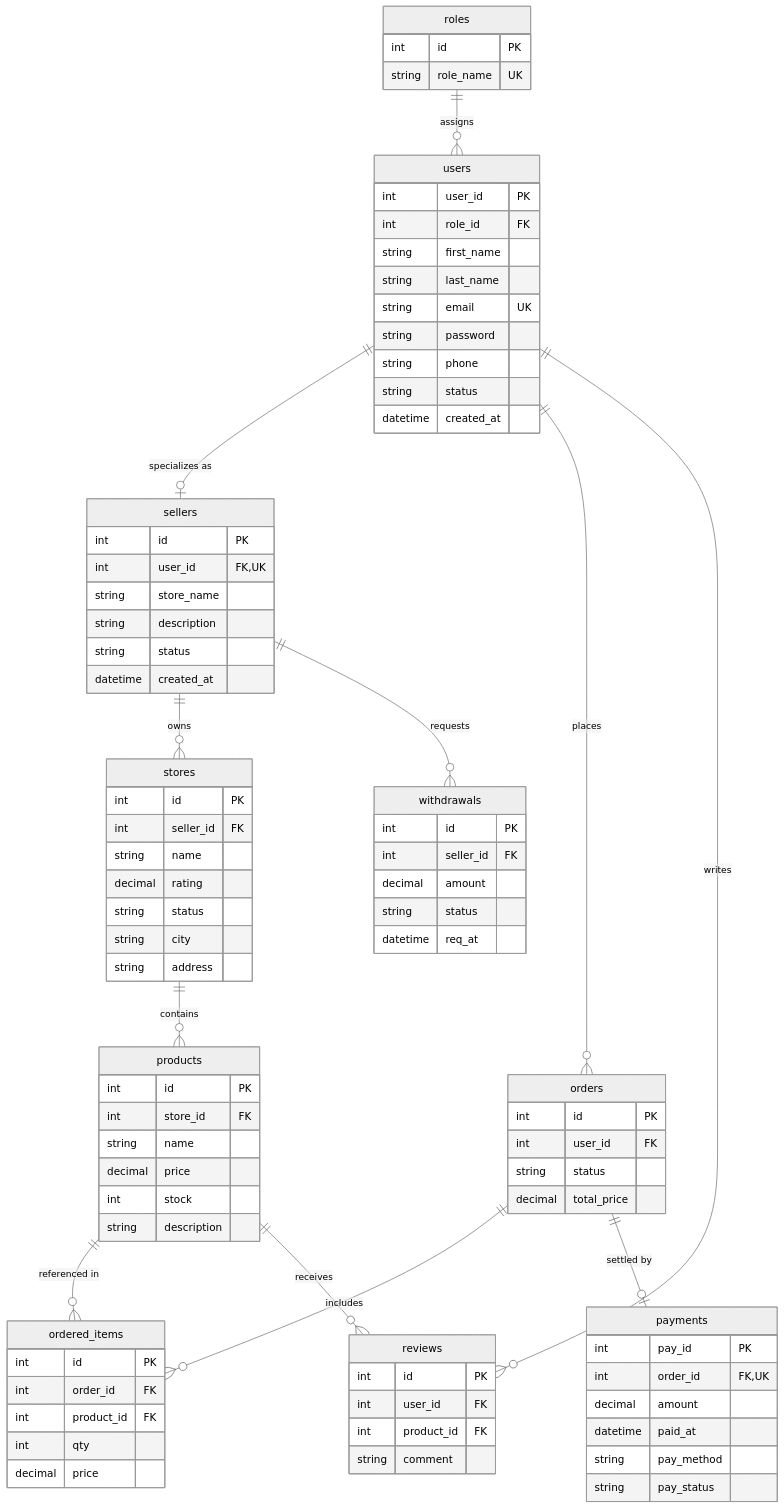
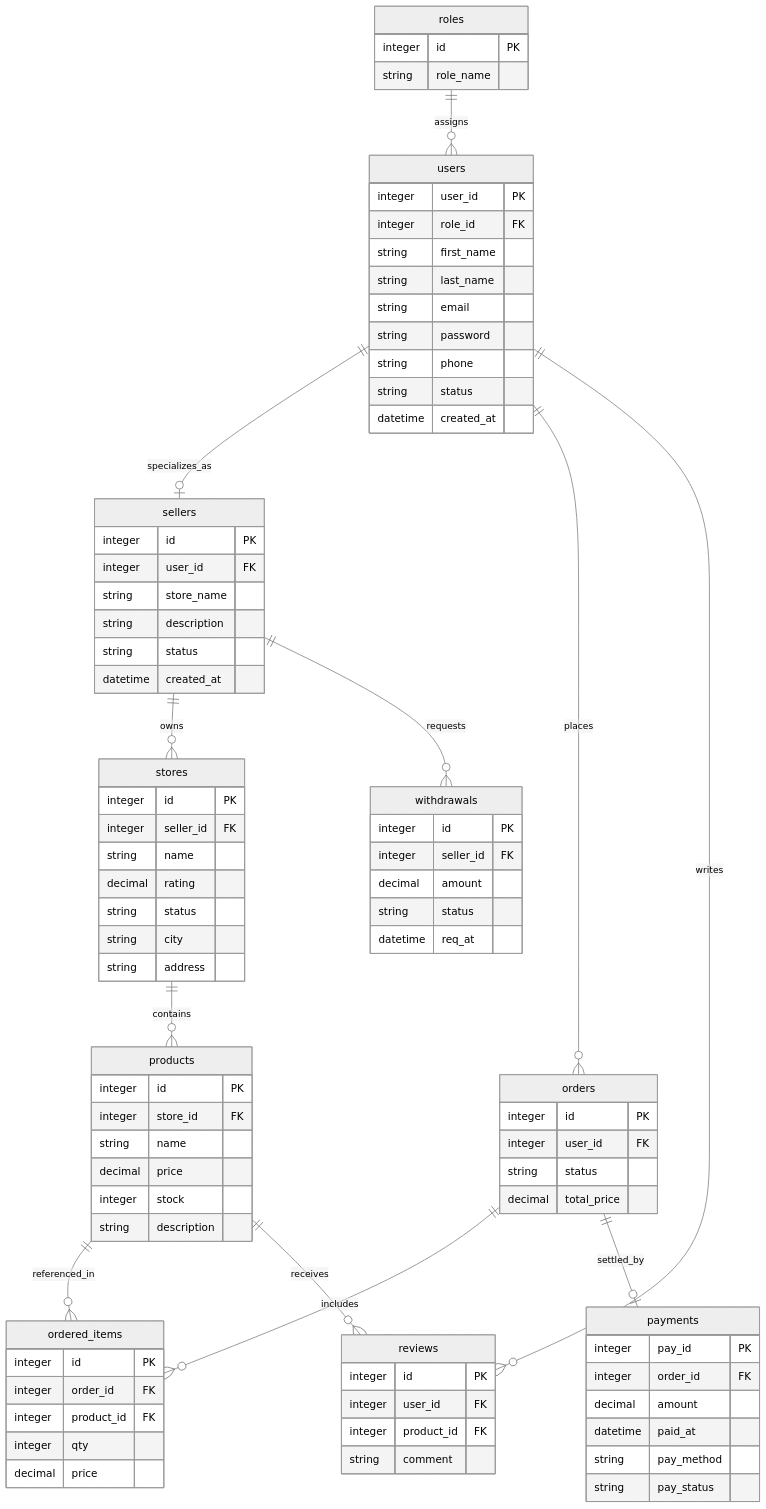
The diagram in README.md (naveendrang-cyber/DBMS-PROJ), drawn with Mermaid (neutral theme) before and after one commit.

Commit message:
Fix GitHub Mermaid rendering syntax error in README.md

````diff
--- a/README.md
+++ b/README.md
@@ -73,43 +73,43 @@
 ```mermaid
 erDiagram
-    roles ||--o{ users : "assigns"
-    users ||--o| sellers : "specializes as"
-    sellers ||--o{ stores : "owns"
-    stores ||--o{ products : "contains"
-    users ||--o{ orders : "places"
-    orders ||--o{ ordered_items : "includes"
-    products ||--o{ ordered_items : "referenced in"
-    orders ||--o| payments : "settled by"
-    sellers ||--o{ withdrawals : "requests"
-    users ||--o{ reviews : "writes"
-    products ||--o{ reviews : "receives"
+    roles ||--o{ users : assigns
+    users ||--o| sellers : specializes_as
+    sellers ||--o{ stores : owns
+    stores ||--o{ products : contains
+    users ||--o{ orders : places
+    orders ||--o{ ordered_items : includes
+    products ||--o{ ordered_items : referenced_in
+    orders ||--o| payments : settled_by
+    sellers ||--o{ withdrawals : requests
+    users ||--o{ reviews : writes
+    products ||--o{ reviews : receives
 
     roles {
-        int id PK
-        string role_name UK
+        integer id PK
+        string role_name
     }
     users {
-        int user_id PK
-        int role_id FK
+        integer user_id PK
+        integer role_id FK
         string first_name
         string last_name
-        string email UK
+        string email
         string password
         string phone
         string status
         datetime created_at
     }
     sellers {
-        int id PK
-        int user_id FK,UK
+        integer id PK
+        integer user_id FK
         string store_name
         string description
         string status
         datetime created_at
     }
     stores {
-        int id PK
-        int seller_id FK
+        integer id PK
+        integer seller_id FK
         string name
         decimal rating
         string status
@@ -117,45 +117,45 @@
         string address
     }
     products {
-        int id PK
-        int store_id FK
+        integer id PK
+        integer store_id FK
         string name
         decimal price
-        int stock
+        integer stock
         string description
     }
     orders {
-        int id PK
-        int user_id FK
+        integer id PK
+        integer user_id FK
         string status
         decimal total_price
     }
     ordered_items {
-        int id PK
-        int order_id FK
-        int product_id FK
-        int qty
+        integer id PK
+        integer order_id FK
+        integer product_id FK
+        integer qty
         decimal price
     }
     payments {
-        int pay_id PK
-        int order_id FK,UK
+        integer pay_id PK
+        integer order_id FK
         decimal amount
         datetime paid_at
         string pay_method
         string pay_status
     }
     withdrawals {
-        int id PK
-        int seller_id FK
+        integer id PK
+        integer seller_id FK
         decimal amount
         string status
         datetime req_at
     }
     reviews {
-        int id PK
-        int user_id FK
-        int product_id FK
+        integer id PK
+        integer user_id FK
+        integer product_id FK
         string comment
     }
 ```
````
